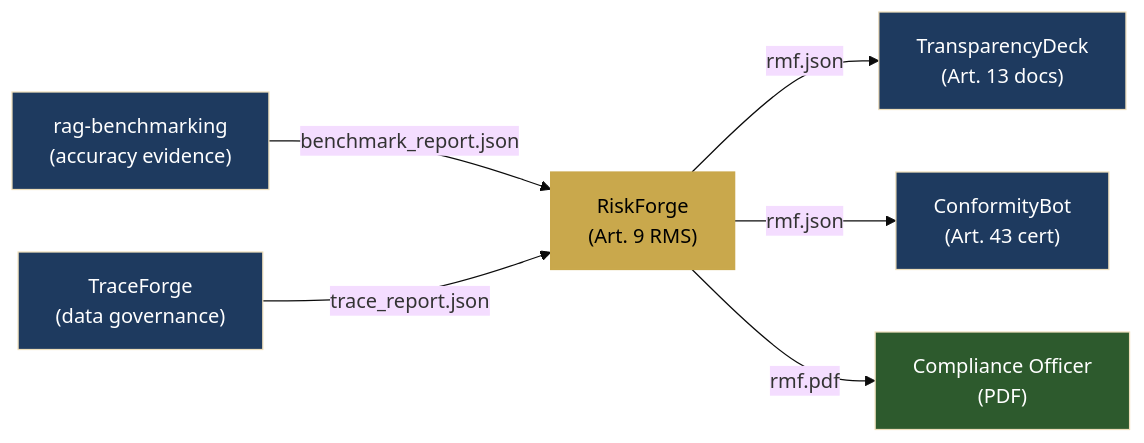
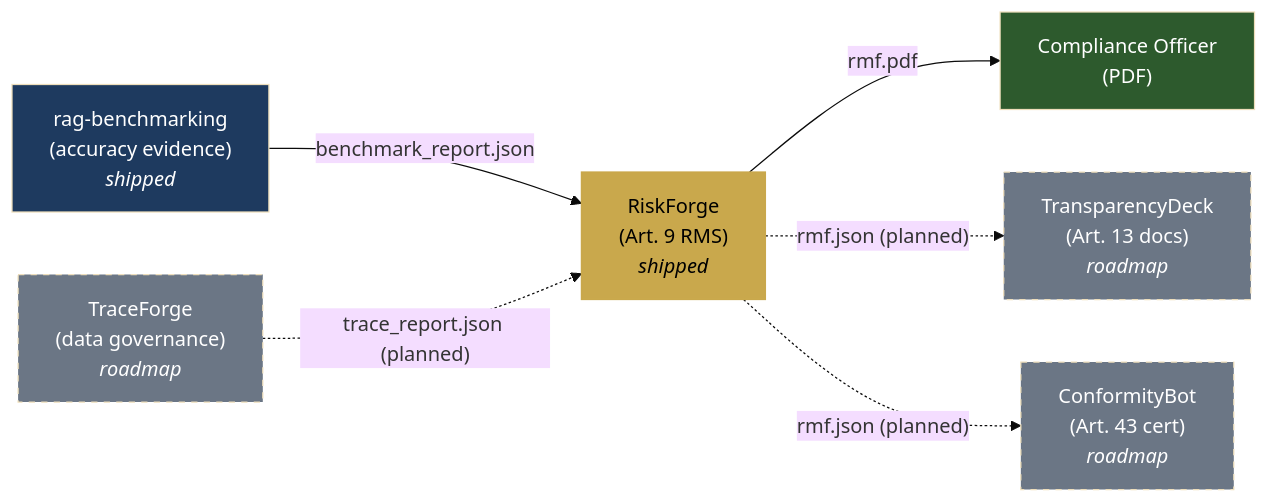
One commit to aiexponenthq/riskforge changed the second of 3 diagrams in README.md. Above: the diagram before and after it, drawn with Mermaid (base theme). The commit also changed other lines of this file and 7 other files, not shown here.

````diff
--- a/README.md
+++ b/README.md
@@ -120,22 +125,22 @@
 ```mermaid
 graph LR
-    RAG["rag-benchmarking<br/>(accuracy evidence)"]
-    TF["TraceForge<br/>(data governance)"]
-    RF["RiskForge<br/>(Art. 9 RMS)"]
-    TD["TransparencyDeck<br/>(Art. 13 docs)"]
-    CB["ConformityBot<br/>(Art. 43 cert)"]
+    RAG["rag-benchmarking<br/>(accuracy evidence)<br/><i>shipped</i>"]
+    TF["TraceForge<br/>(data governance)<br/><i>roadmap</i>"]
+    RF["RiskForge<br/>(Art. 9 RMS)<br/><i>shipped</i>"]
+    TD["TransparencyDeck<br/>(Art. 13 docs)<br/><i>roadmap</i>"]
+    CB["ConformityBot<br/>(Art. 43 cert)<br/><i>roadmap</i>"]
     CCO["Compliance Officer<br/>(PDF)"]
 
     RAG -->|"benchmark_report.json"| RF
-    TF  -->|"trace_report.json"| RF
-    RF  -->|"rmf.json"| TD
-    RF  -->|"rmf.json"| CB
+    TF  -.->|"trace_report.json (planned)"| RF
     RF  -->|"rmf.pdf"| CCO
+    RF  -.->|"rmf.json (planned)"| TD
+    RF  -.->|"rmf.json (planned)"| CB
 
     style RF fill:#c9a84c,color:#000,stroke:#c9a84c
     style RAG fill:#1e3a5f,color:#fff
-    style TF fill:#1e3a5f,color:#fff
-    style TD fill:#1e3a5f,color:#fff
-    style CB fill:#1e3a5f,color:#fff
+    style TF fill:#6b7685,color:#fff,stroke-dasharray:5
+    style TD fill:#6b7685,color:#fff,stroke-dasharray:5
+    style CB fill:#6b7685,color:#fff,stroke-dasharray:5
     style CCO fill:#2d5a2d,color:#fff
 ```
````
